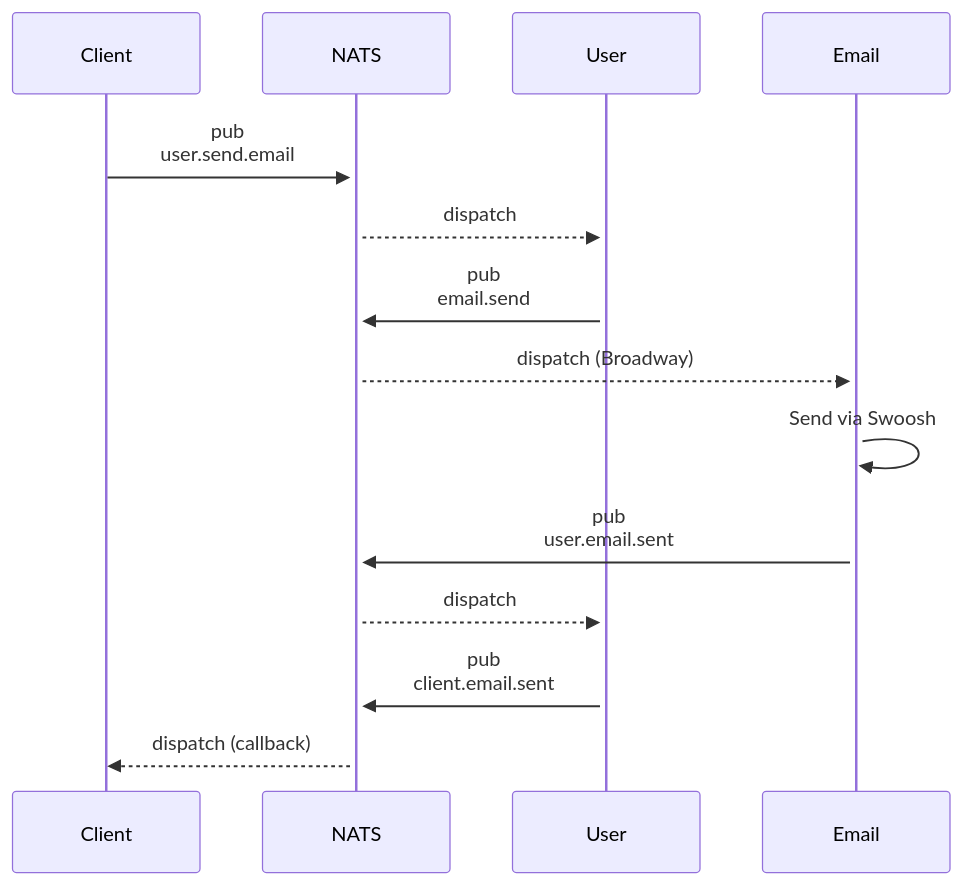
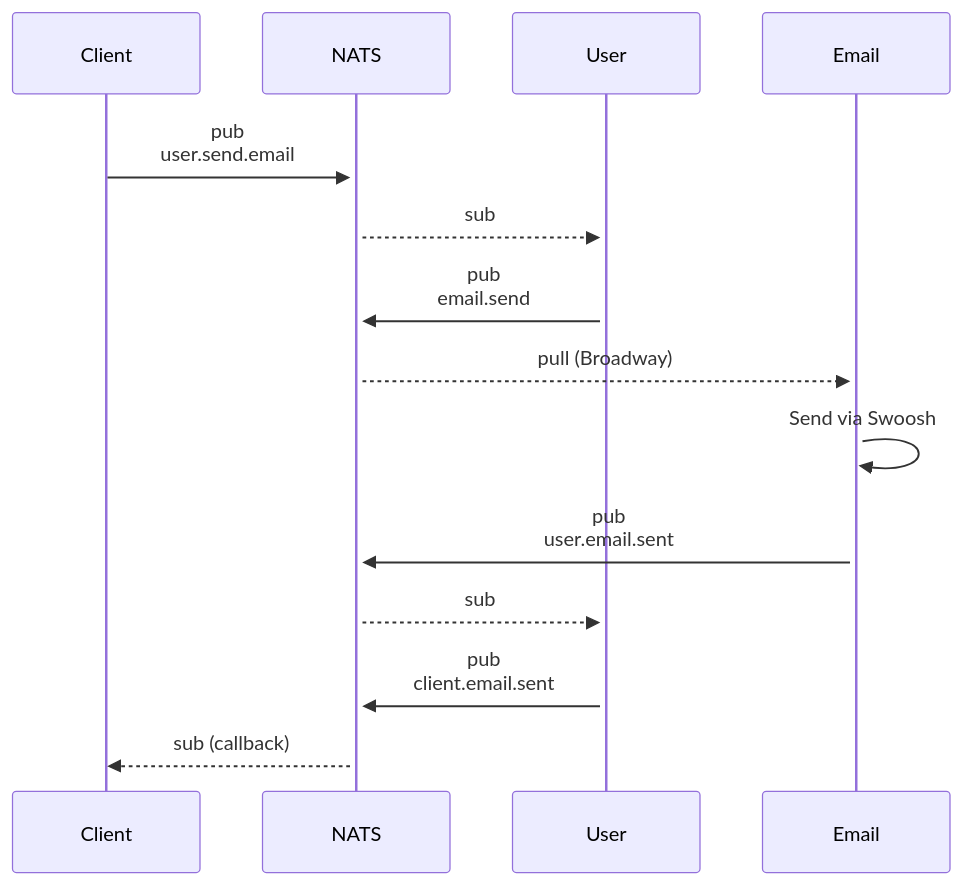
The third of 8 diagrams in README.md (dwyl/learn-elixir-microservices-with-natsio-and-opentelemetry), drawn with Mermaid before and after one commit. The commit also changed other lines of this file and 6 other files, not shown here.

````diff
--- a/README.md
+++ b/README.md
@@ -853,12 +866,12 @@
 ```mermaid
 sequenceDiagram
     Client->>+NATS: pub <br> user.send.email
-    NATS-->>+User: dispatch
+    NATS-->>+User: sub
     User->>NATS: pub <br> email.send
-    NATS-->>+Email: dispatch (Broadway)
+    NATS-->>+Email: pull (Broadway)
     Email->>Email: Send via Swoosh
     Email->>NATS: pub <br> user.email.sent
-    NATS-->>User: dispatch
+    NATS-->>User: sub
     User->>NATS: pub <br> client.email.sent
-    NATS-->>Client: dispatch (callback)
+    NATS-->>Client: sub (callback)
 ```
````
